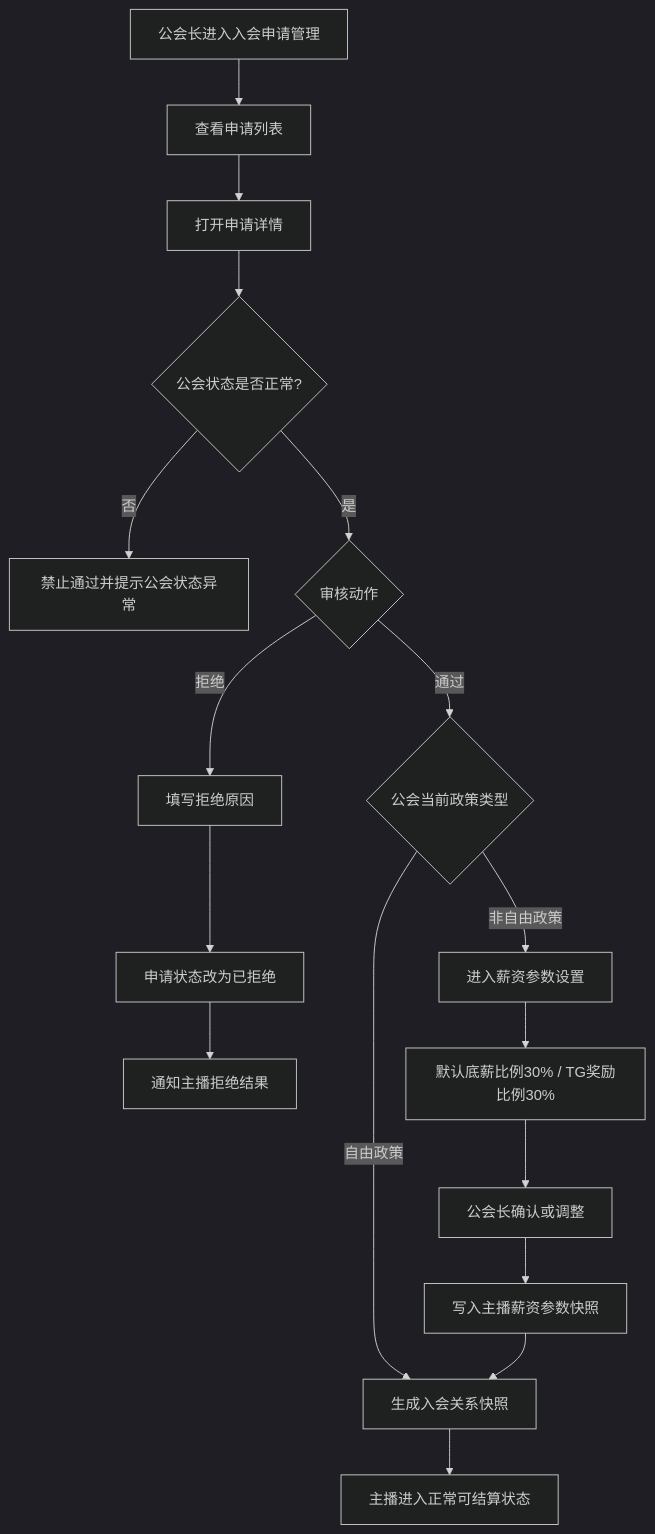
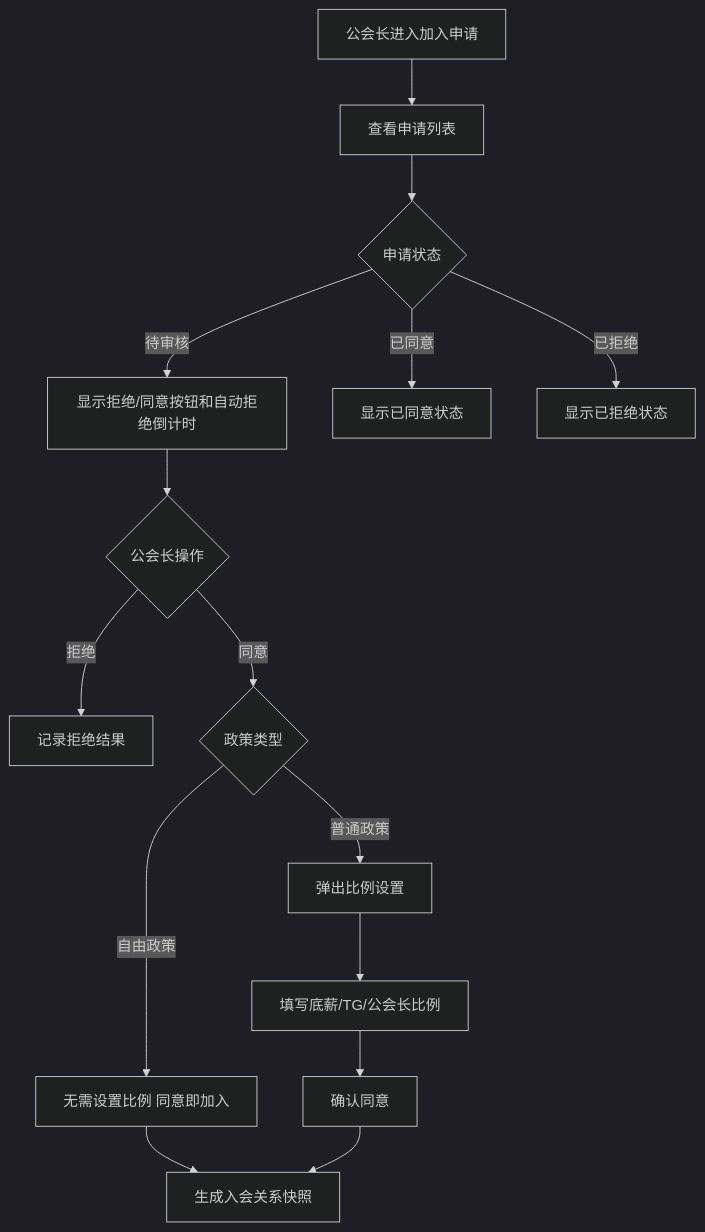
The eighth of 13 diagrams in TALO公会政策_客户端后台需求文档PRD.md (kocekid/TALO-Guild-Policy-Requirements), drawn with Mermaid (dark theme) before and after one commit. The commit also changed other lines of this file and 18 other files, not shown here.

Commit message:
更新TALO公会政策PRD与原型图

````diff
--- a/TALO公会政策_客户端后台需求文档PRD.md
+++ b/TALO公会政策_客户端后台需求文档PRD.md
@@ -1538,19 +1467,17 @@
 ```mermaid
 flowchart TD
-    A[公会长进入入会申请管理] --> B[查看申请列表]
-    B --> C[打开申请详情]
-    C --> D{公会状态是否正常?}
-    D -->|否| E[禁止通过并提示公会状态异常]
-    D -->|是| F{审核动作}
-    F -->|拒绝| G[填写拒绝原因]
-    G --> H[申请状态改为已拒绝]
-    H --> I[通知主播拒绝结果]
-    F -->|通过| J{公会当前政策类型}
-    J -->|自由政策| K[生成入会关系快照]
-    K --> L[主播进入正常可结算状态]
-    J -->|非自由政策| M[进入薪资参数设置]
-    M --> N[默认底薪比例30% / TG奖励比例30%]
-    N --> O[公会长确认或调整]
-    O --> P[写入主播薪资参数快照]
-    P --> K
+    A[公会长进入加入申请] --> B[查看申请列表]
+    B --> C{申请状态}
+    C -->|待审核| D[显示拒绝/同意按钮和自动拒绝倒计时]
+    C -->|已同意| E[显示已同意状态]
+    C -->|已拒绝| F[显示已拒绝状态]
+    D --> G{公会长操作}
+    G -->|拒绝| H[记录拒绝结果]
+    G -->|同意| I{政策类型}
+    I -->|自由政策| J[无需设置比例 同意即加入]
+    I -->|普通政策| K[弹出比例设置]
+    K --> L[填写底薪/TG/公会长比例]
+    L --> M[确认同意]
+    J --> N[生成入会关系快照]
+    M --> N
 ```
````
